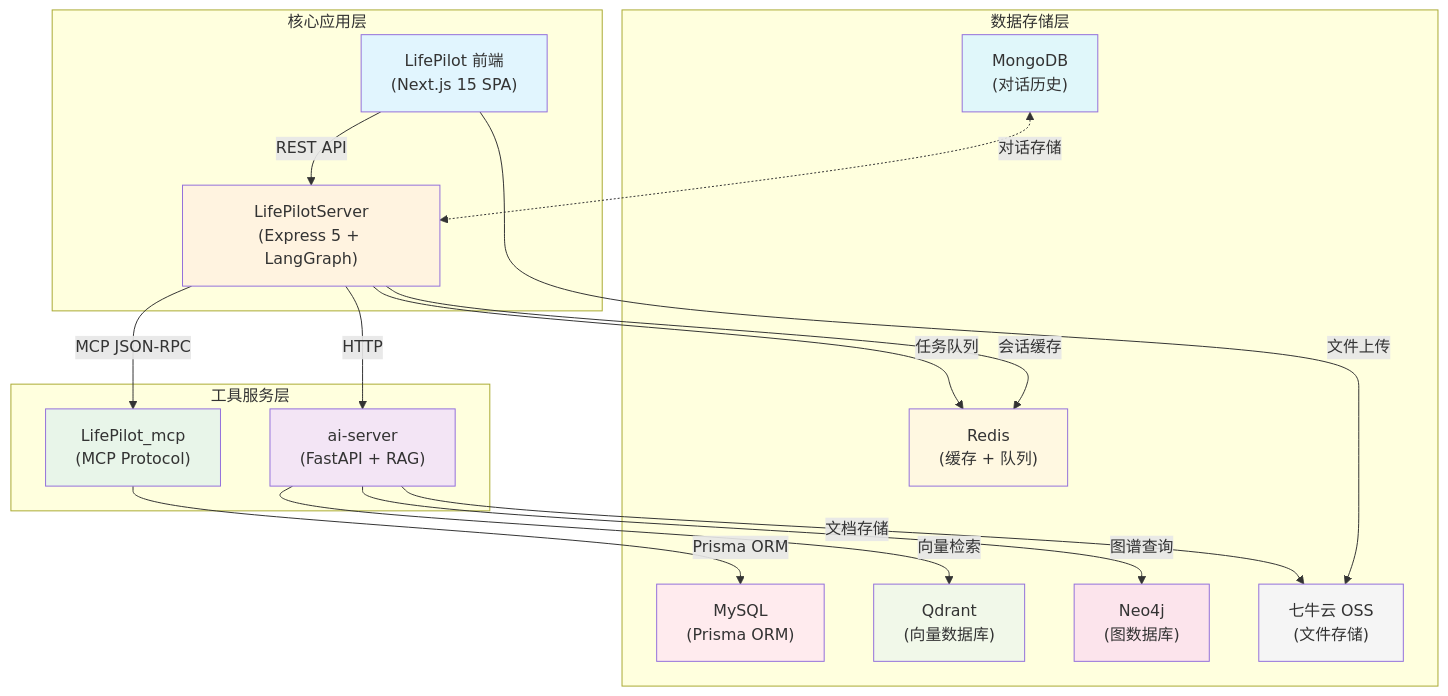
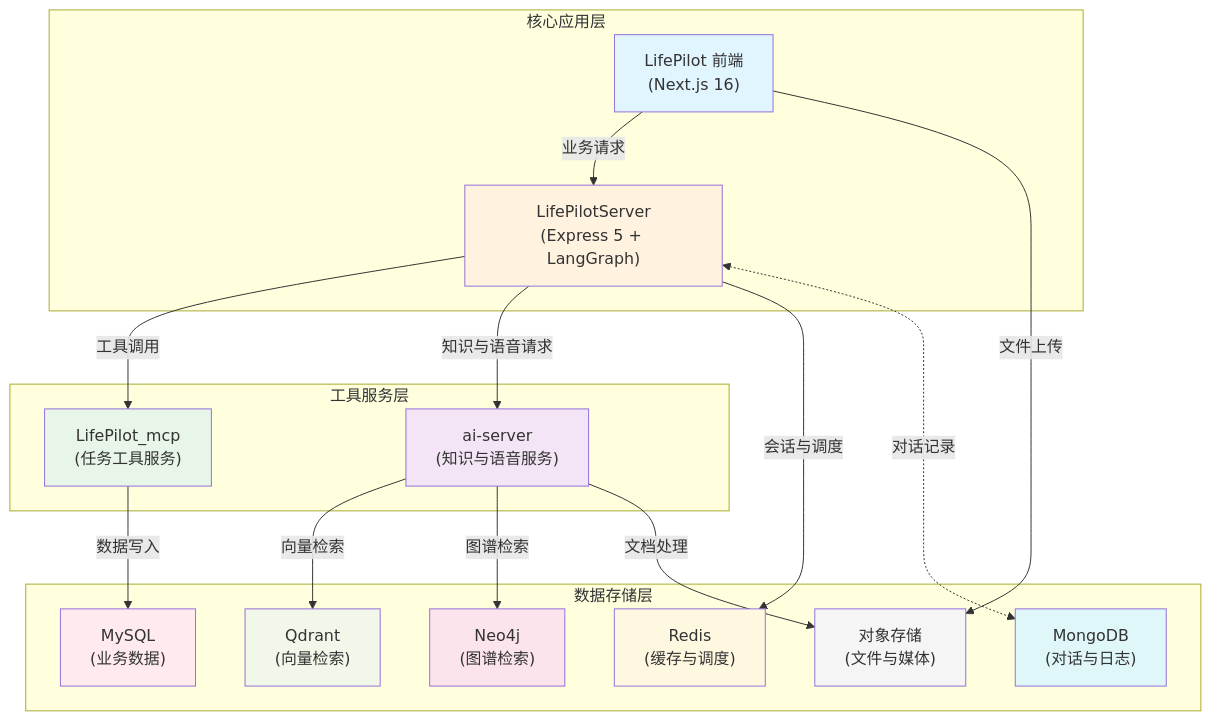
Before and after one commit to yanmengssss/Life-Pilot-Total: the first of 20 diagrams in 第4章-系统总体设计.md, drawn with Mermaid. The commit also changed other lines of this file and 229 other files, not shown here.

````diff
--- a/第4章-系统总体设计.md
+++ b/第4章-系统总体设计.md
@@ -77,44 +95,43 @@
 ```mermaid
 graph TB
     subgraph 核心应用层
-        A["LifePilot 前端<br/>(Next.js 15 SPA)"]
+        A["LifePilot 前端<br/>(Next.js 16)"]
         B["LifePilotServer<br/>(Express 5 + LangGraph)"]
     end
 
     subgraph 工具服务层
-        C["LifePilot_mcp<br/>(MCP Protocol)"]
-        D["ai-server<br/>(FastAPI + RAG)"]
+        C["LifePilot_mcp<br/>(任务工具服务)"]
+        D["ai-server<br/>(知识与语音服务)"]
     end
 
     subgraph 数据存储层
-        E["MySQL<br/>(Prisma ORM)"]
-        F["Redis<br/>(缓存 + 队列)"]
-        G["MongoDB<br/>(对话历史)"]
-        H["Qdrant<br/>(向量数据库)"]
-        I["Neo4j<br/>(图数据库)"]
-        J["七牛云 OSS<br/>(文件存储)"]
+        E["MySQL<br/>(业务数据)"]
+        F["Redis<br/>(缓存与调度)"]
+        G["MongoDB<br/>(对话与日志)"]
+        H["Qdrant<br/>(向量检索)"]
+        I["Neo4j<br/>(图谱检索)"]
+        J["对象存储<br/>(文件与媒体)"]
     end
 
-    A -->|"REST API"| B
-    B -->|"MCP JSON-RPC"| C
-    B -->|"HTTP"| D
-    C -->|"Prisma ORM"| E
+    A -->|"业务请求"| B
+    B -->|"工具调用"| C
+    B -->|"知识与语音请求"| D
+    C -->|"数据写入"| E
+    B -->|"会话与调度"| F
+    B <-.->|"对话记录"| G
     D -->|"向量检索"| H
-    D -->|"图谱查询"| I
+    D -->|"图谱检索"| I
     A -->|"文件上传"| J
-    D -->|"文档存储"| J
-    B -->|"会话缓存"| F
-    B -->|"任务队列"| F
-    G <-.->|"对话存储"| B
+    D -->|"文档处理"| J
 
     style A fill:#e1f5fe
     style B fill:#fff3e0
     style C fill:#e8f5e9
     style D fill:#f3e5f5
     style E fill:#ffebee
     style F fill:#fff8e1
     style G fill:#e0f7fa
     style H fill:#f1f8e9
     style I fill:#fce4ec
     style J fill:#f5f5f5
 ```
````
